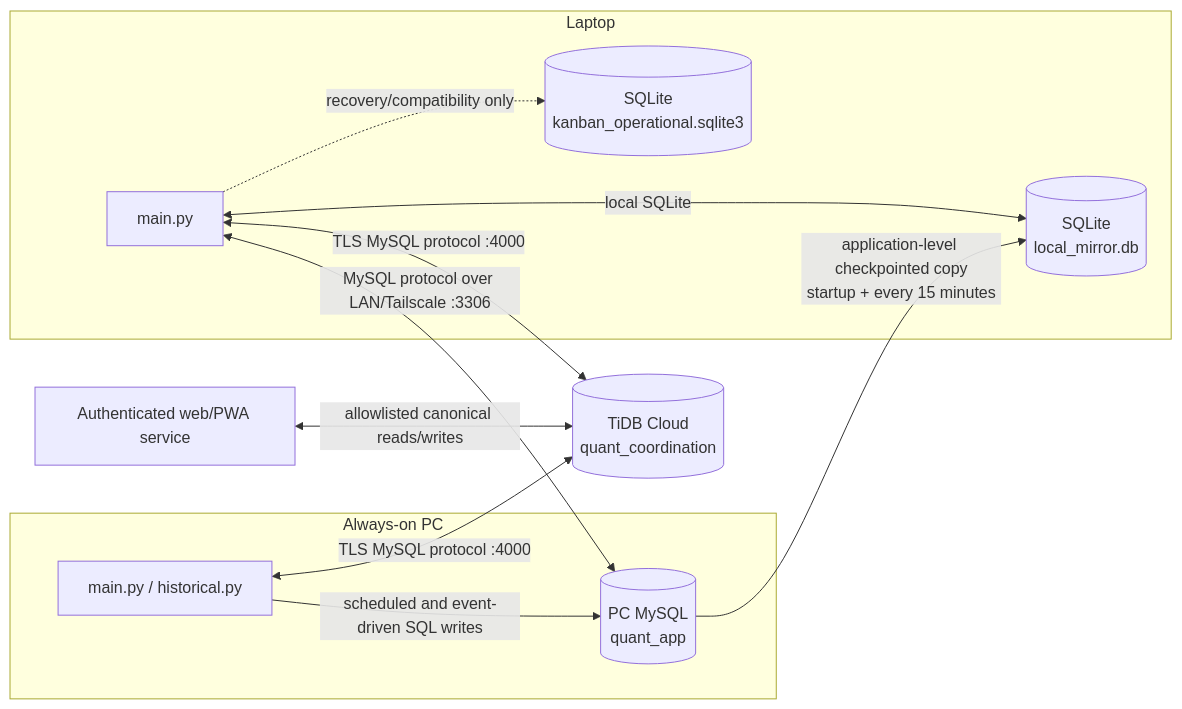
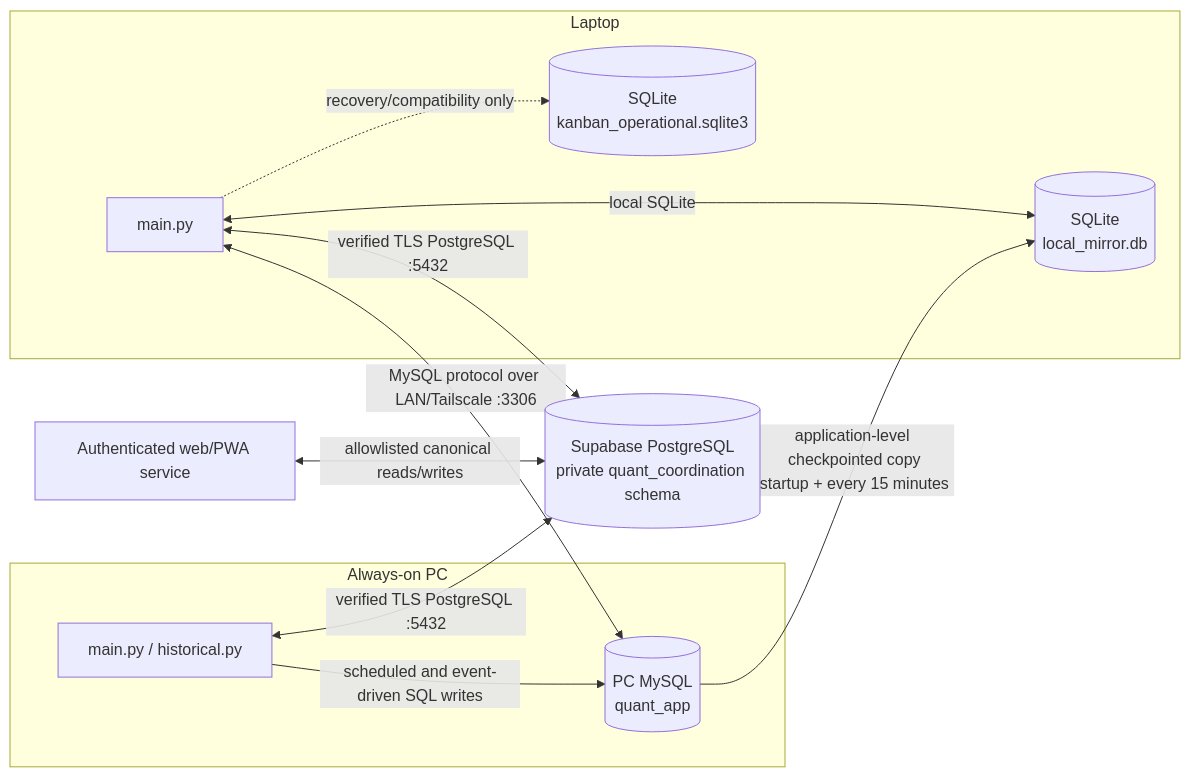
Before and after one commit to cafe-auvers/quant_app: the diagram in docs/database_architecture.md, drawn with Mermaid. The commit also changed other lines of this file and 49 other files, not shown here.

````diff
--- a/docs/database_architecture.md
+++ b/docs/database_architecture.md
@@ -57,26 +65,26 @@
 ```mermaid
 flowchart LR
     subgraph PC["Always-on PC"]
         PCAPP["main.py / historical.py"]
         MYSQL[("PC MySQL\nquant_app")]
         PCAPP -->|"scheduled and event-driven SQL writes"| MYSQL
     end
 
     subgraph LAPTOP["Laptop"]
         LAPAPP["main.py"]
         MIRROR[("SQLite\nlocal_mirror.db")]
         LOCALOPS[("SQLite\nkanban_operational.sqlite3")]
         LAPAPP <-->|"local SQLite"| MIRROR
         LAPAPP -.->|"recovery/compatibility only"| LOCALOPS
     end
 
-    TIDB[("TiDB Cloud\nquant_coordination")]
+    SUPABASE[("Supabase PostgreSQL\nprivate quant_coordination schema")]
     WEB["Authenticated web/PWA service"]
 
     LAPAPP <-->|"MySQL protocol over LAN/Tailscale :3306"| MYSQL
     MYSQL -->|"application-level checkpointed copy\nstartup + every 15 minutes"| MIRROR
-    LAPAPP <-->|"TLS MySQL protocol :4000"| TIDB
-    PCAPP <-->|"TLS MySQL protocol :4000"| TIDB
-    WEB <-->|"allowlisted canonical reads/writes"| TIDB
+    LAPAPP <-->|"verified TLS PostgreSQL :5432"| SUPABASE
+    PCAPP <-->|"verified TLS PostgreSQL :5432"| SUPABASE
+    WEB <-->|"allowlisted canonical reads/writes"| SUPABASE
 
 ```
````
